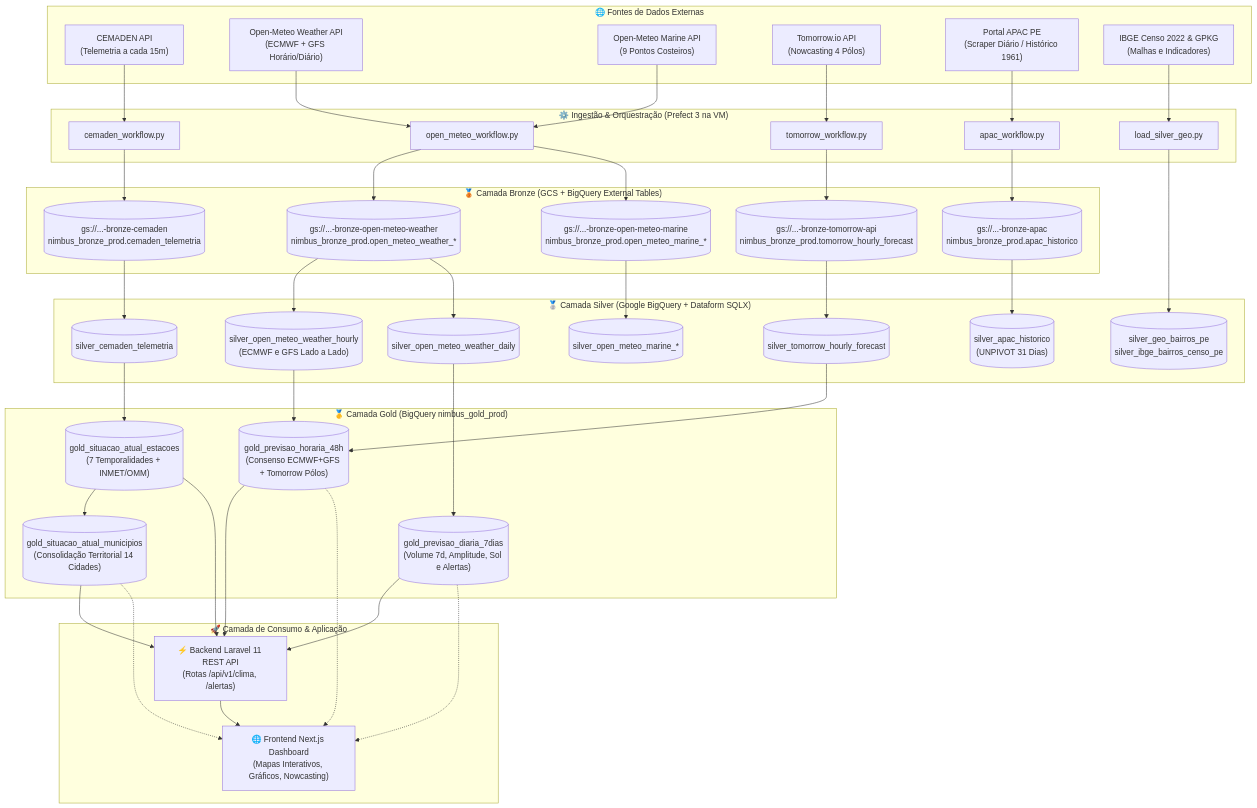
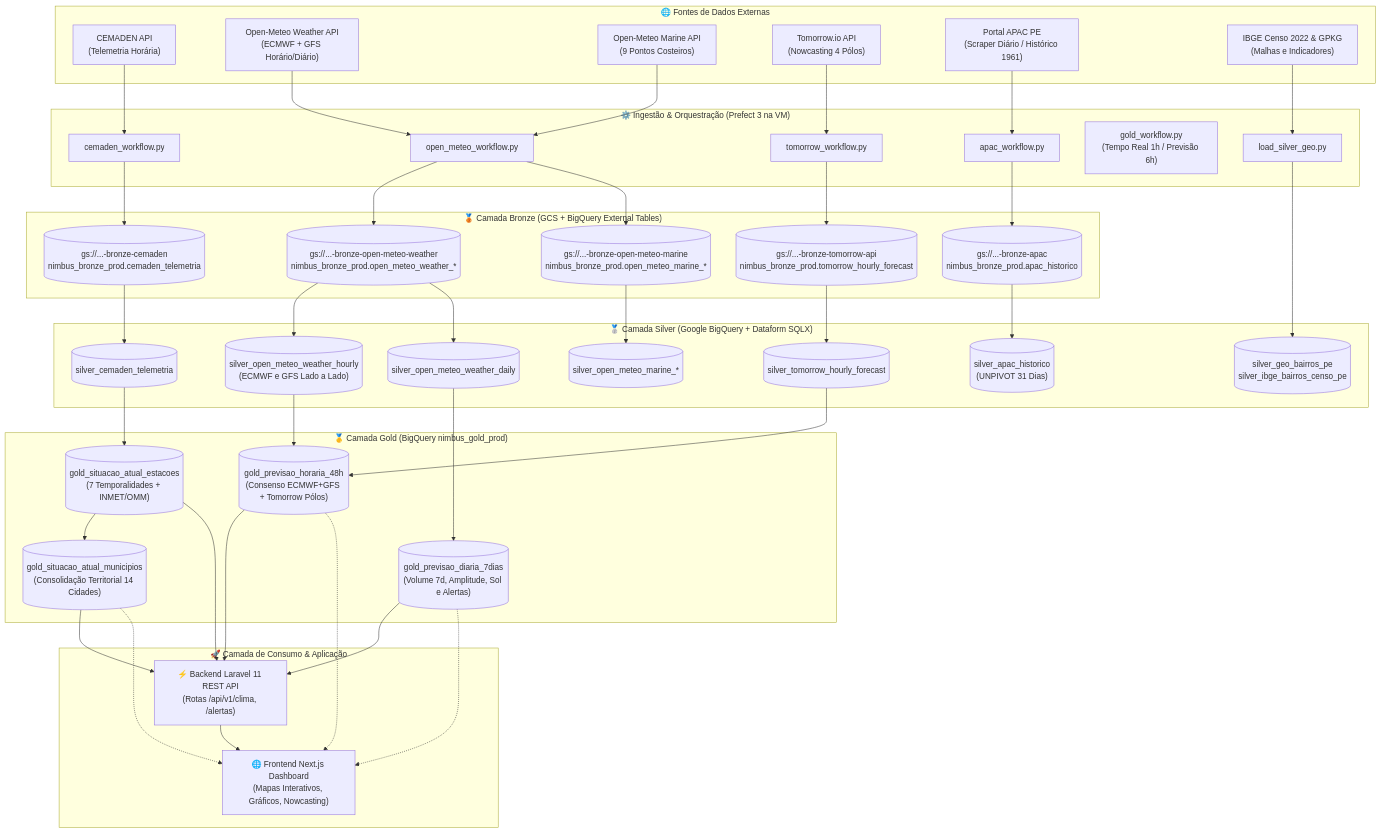
One commit to ProjetoNimbuss/nimbus-platform changed the diagram in docs/arquitetura-e-dados.md. Above: the diagram before and after it, drawn with Mermaid. The commit also changed other lines of this file and 1 other file, not shown here.

````diff
--- a/docs/arquitetura-e-dados.md
+++ b/docs/arquitetura-e-dados.md
@@ -66,63 +66,64 @@
 ```mermaid
 flowchart TD
     subgraph SOURCELAYER ["🌐 Fontes de Dados Externas"]
-        src_cemaden["CEMADEN API<br/>(Telemetria a cada 15m)"]
+        src_cemaden["CEMADEN API<br/>(Telemetria Horária)"]
         src_openmeteo["Open-Meteo Weather API<br/>(ECMWF + GFS Horário/Diário)"]
         src_marine["Open-Meteo Marine API<br/>(9 Pontos Costeiros)"]
         src_tomorrow["Tomorrow.io API<br/>(Nowcasting 4 Pólos)"]
         src_apac["Portal APAC PE<br/>(Scraper Diário / Histórico 1961)"]
         src_ibge["IBGE Censo 2022 & GPKG<br/>(Malhas e Indicadores)"]
     end
 
     subgraph INGESTION ["⚙️ Ingestão & Orquestração (Prefect 3 na VM)"]
         flow_cemaden["cemaden_workflow.py"]
         flow_openmeteo["open_meteo_workflow.py"]
         flow_tomorrow["tomorrow_workflow.py"]
         flow_apac["apac_workflow.py"]
+        flow_gold["gold_workflow.py<br/>(Tempo Real 1h / Previsão 6h)"]
         flow_geo["load_silver_geo.py"]
     end
 
     subgraph BRONZE ["🥉 Camada Bronze (GCS + BigQuery External Tables)"]
         b_cemaden[("gs://...-bronze-cemaden<br/>nimbus_bronze_prod.cemaden_telemetria")]
         b_weather[("gs://...-bronze-open-meteo-weather<br/>nimbus_bronze_prod.open_meteo_weather_*")]
         b_marine[("gs://...-bronze-open-meteo-marine<br/>nimbus_bronze_prod.open_meteo_marine_*")]
         b_tomorrow[("gs://...-bronze-tomorrow-api<br/>nimbus_bronze_prod.tomorrow_hourly_forecast")]
         b_apac[("gs://...-bronze-apac<br/>nimbus_bronze_prod.apac_historico")]
     end
 
     subgraph SILVER ["🥈 Camada Silver (Google BigQuery + Dataform SQLX)"]
         s_cemaden[("silver_cemaden_telemetria")]
         s_weather_h[("silver_open_meteo_weather_hourly<br/>(ECMWF e GFS Lado a Lado)")]
         s_weather_d[("silver_open_meteo_weather_daily")]
         s_marine[("silver_open_meteo_marine_*")]
         s_tomorrow[("silver_tomorrow_hourly_forecast")]
         s_apac[("silver_apac_historico<br/>(UNPIVOT 31 Dias)")]
         s_geo[("silver_geo_bairros_pe<br/>silver_ibge_bairros_censo_pe")]
     end
 
     subgraph GOLD ["🥇 Camada Gold (BigQuery nimbus_gold_prod)"]
         g_estacoes[("gold_situacao_atual_estacoes<br/>(7 Temporalidades + INMET/OMM)")]
         g_municipios[("gold_situacao_atual_municipios<br/>(Consolidação Territorial 14 Cidades)")]
         g_horaria[("gold_previsao_horaria_48h<br/>(Consenso ECMWF+GFS + Tomorrow Pólos)")]
         g_diaria[("gold_previsao_diaria_7dias<br/>(Volume 7d, Amplitude, Sol e Alertas)")]
     end
 
     subgraph APPS ["🚀 Camada de Consumo & Aplicação"]
         api["⚡ Backend Laravel 11 REST API<br/>(Rotas /api/v1/clima, /alertas)"]
         web["🌐 Frontend Next.js Dashboard<br/>(Mapas Interativos, Gráficos, Nowcasting)"]
     end
 
     src_cemaden --> flow_cemaden --> b_cemaden --> s_cemaden
     src_openmeteo --> flow_openmeteo --> b_weather --> s_weather_h & s_weather_d
     src_marine --> flow_openmeteo --> b_marine --> s_marine
     src_tomorrow --> flow_tomorrow --> b_tomorrow --> s_tomorrow
     src_apac --> flow_apac --> b_apac --> s_apac
     src_ibge --> flow_geo --> s_geo
 
     s_cemaden --> g_estacoes --> g_municipios
     s_weather_h & s_tomorrow --> g_horaria
     s_weather_d --> g_diaria
 
     g_municipios & g_estacoes & g_horaria & g_diaria --> api --> web
     g_horaria & g_diaria & g_municipios -.-> web
 ```
````
